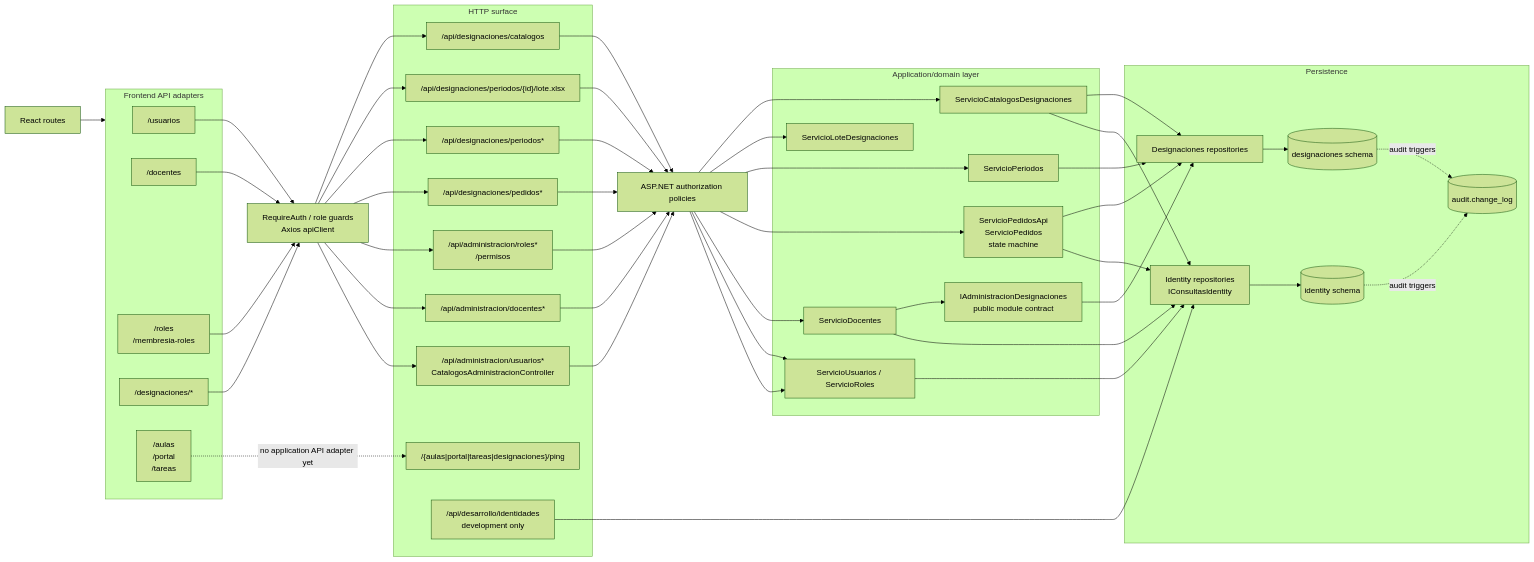
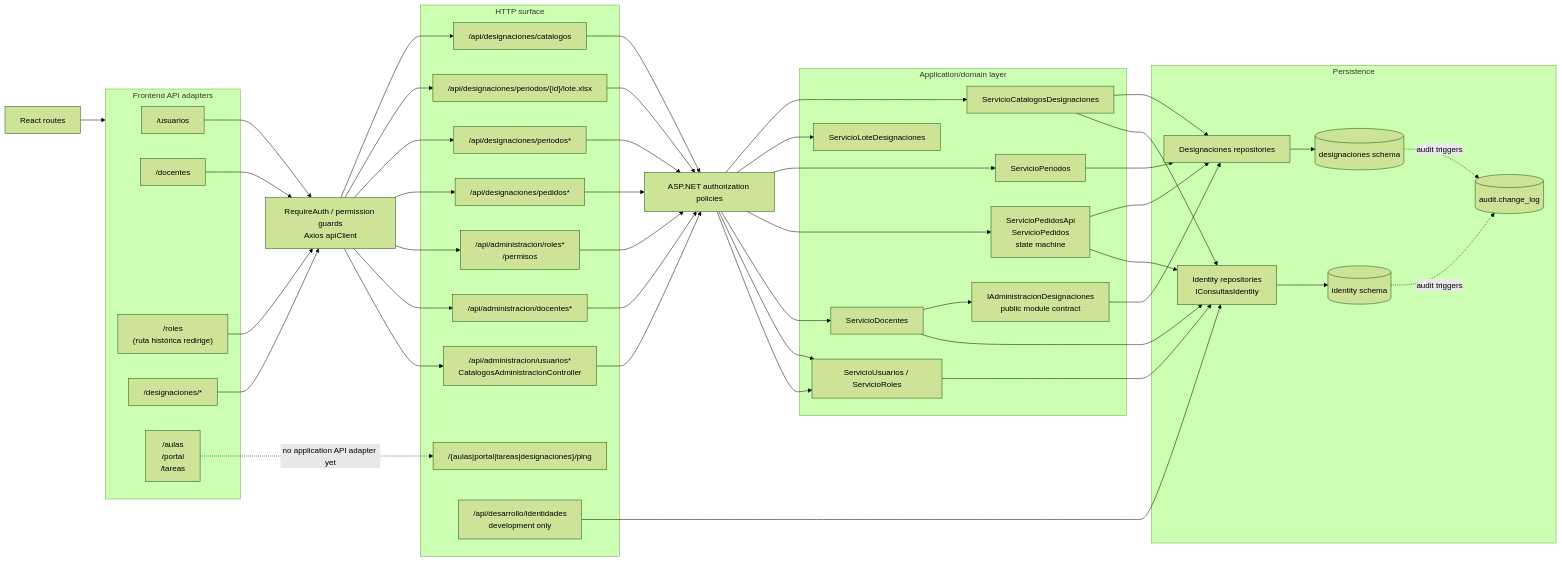
The diagram in docs/architecture/diagrams/endpoints-flow.md (Ars-Docendi/ars-docendi), drawn with Mermaid (forest theme) before and after one commit. The commit also changed 77 other files, not shown here.

````diff
--- a/docs/architecture/diagrams/endpoints-flow.md
+++ b/docs/architecture/diagrams/endpoints-flow.md
@@ -1,82 +1,82 @@
 ```mermaid
 flowchart LR
     Browser["React routes"]
 
     subgraph Frontend["Frontend API adapters"]
         UsersUI["/usuarios"]
         TeachersUI["/docentes"]
-        RolesUI["/roles<br/>/membresia-roles"]
+        RolesUI["/roles<br/>(ruta histórica redirige)"]
         RequestsUI["/designaciones/*"]
         EmptyUI["/aulas<br/>/portal<br/>/tareas"]
     end
 
-    Auth["RequireAuth / role guards<br/>Axios apiClient"]
+    Auth["RequireAuth / permission guards<br/>Axios apiClient"]
     Policies["ASP.NET authorization policies"]
 
     subgraph Controllers["HTTP surface"]
         UsersAPI["/api/administracion/usuarios*<br/>CatalogosAdministracionController"]
         TeachersAPI["/api/administracion/docentes*"]
         RolesAPI["/api/administracion/roles*<br/>/permisos"]
         RequestsAPI["/api/designaciones/pedidos*"]
         PeriodsAPI["/api/designaciones/periodos*"]
         BatchAPI["/api/designaciones/periodos/{id}/lote.xlsx"]
         DesignationCatalogs["/api/designaciones/catalogos"]
         Pings["/{aulas|portal|tareas|designaciones}/ping"]
         DevAPI["/api/desarrollo/identidades<br/>development only"]
     end
 
     subgraph Services["Application/domain layer"]
         UserServices["ServicioUsuarios / ServicioRoles"]
         TeacherService["ServicioDocentes"]
         RequestService["ServicioPedidosApi<br/>ServicioPedidos<br/>state machine"]
         PeriodService["ServicioPeriodos"]
         BatchService["ServicioLoteDesignaciones"]
         CatalogService["ServicioCatalogosDesignaciones"]
         DesignationContract["IAdministracionDesignaciones<br/>public module contract"]
     end
 
     subgraph Persistence["Persistence"]
         IdentityRepos["Identity repositories<br/>IConsultasIdentity"]
         DesignationRepos["Designaciones repositories"]
         IdentityDB[("identity schema")]
         DesignationDB[("designaciones schema")]
         AuditDB[("audit.change_log")]
     end
 
     Browser --> Frontend
     UsersUI --> Auth --> UsersAPI
     TeachersUI --> Auth --> TeachersAPI
     RolesUI --> Auth --> RolesAPI
     RequestsUI --> Auth
     Auth --> RequestsAPI
     Auth --> PeriodsAPI
     Auth --> BatchAPI
     Auth --> DesignationCatalogs
 
     UsersAPI --> Policies --> UserServices
     RolesAPI --> Policies --> UserServices
     TeachersAPI --> Policies --> TeacherService
     RequestsAPI --> Policies --> RequestService
     PeriodsAPI --> Policies --> PeriodService
     BatchAPI --> Policies --> BatchService
     DesignationCatalogs --> Policies --> CatalogService
 
     UserServices --> IdentityRepos --> IdentityDB
 
     TeacherService --> IdentityRepos
     TeacherService --> DesignationContract
     DesignationContract --> DesignationRepos
 
     RequestService --> IdentityRepos
     RequestService --> DesignationRepos
     PeriodService --> DesignationRepos
     CatalogService --> IdentityRepos
     CatalogService --> DesignationRepos
     DesignationRepos --> DesignationDB
 
     IdentityDB -. "audit triggers" .-> AuditDB
     DesignationDB -. "audit triggers" .-> AuditDB
 
     EmptyUI -. "no application API adapter yet" .-> Pings
     DevAPI --> IdentityRepos
 ```
````
